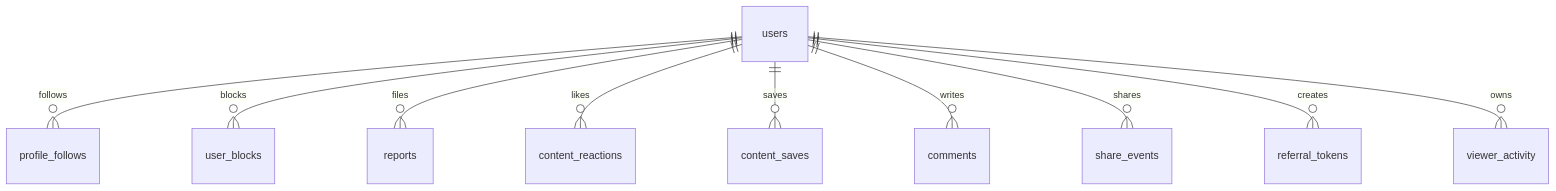
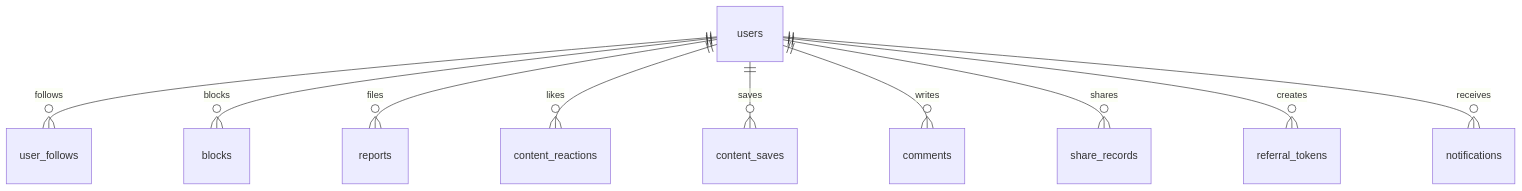
The first of 2 diagrams in docs/v2-new-build/engagement-strategy.md (mariospeterman/VEEL-v2), drawn with Mermaid before and after one commit. The commit also changed other lines of this file and 94 other files, not shown here.

````diff
--- a/docs/v2-new-build/engagement-strategy.md
+++ b/docs/v2-new-build/engagement-strategy.md
@@ -75,12 +75,12 @@
 ```mermaid
 erDiagram
-  users ||--o{ profile_follows : follows
-  users ||--o{ user_blocks : blocks
+  users ||--o{ user_follows : follows
+  users ||--o{ blocks : blocks
   users ||--o{ reports : files
   users ||--o{ content_reactions : likes
   users ||--o{ content_saves : saves
   users ||--o{ comments : writes
-  users ||--o{ share_events : shares
+  users ||--o{ share_records : shares
   users ||--o{ referral_tokens : creates
-  users ||--o{ viewer_activity : owns
+  users ||--o{ notifications : receives
 ```
````
